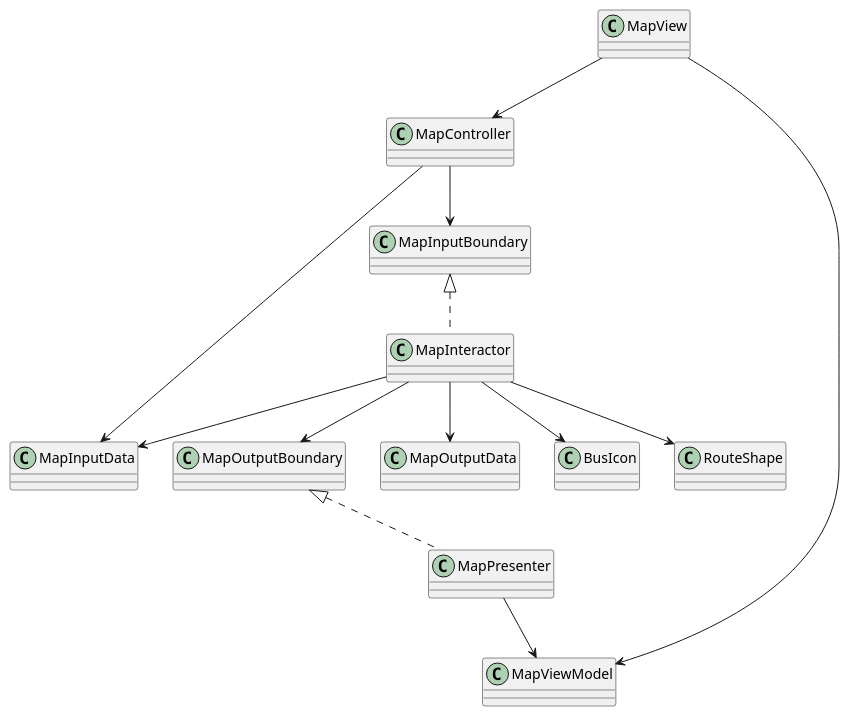
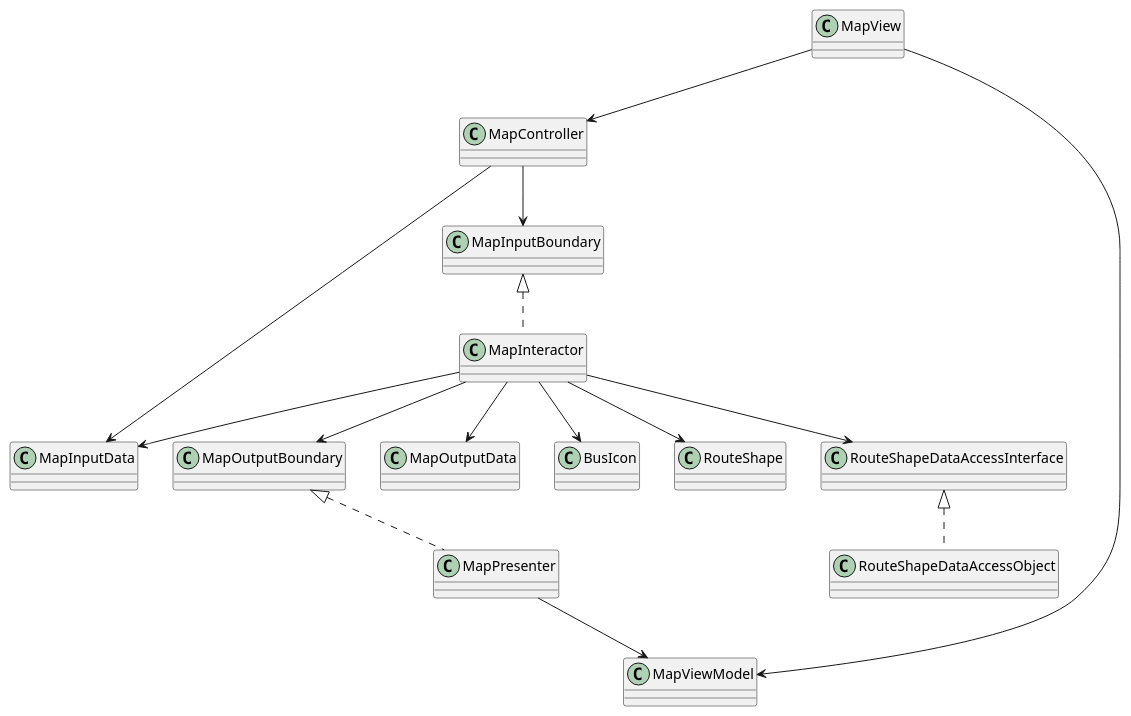
The diagram in src/main/resources/map.puml (tenko08/team-project), drawn with PlantUML before and after one commit. The commit also changed 2 other files, not shown here.

```diff
--- a/src/main/resources/map.puml
+++ b/src/main/resources/map.puml
@@ -1,29 +1,33 @@
 @startuml
 
-class MapView
 class MapController
 class MapInputBoundary
 class MapInteractor
 class MapOutputBoundary
 class MapPresenter
-class MapViewModel
 class MapInputData
 class MapOutputData
 class BusIcon
 class RouteShape
+class MapViewModel
+class RouteShapeDataAccessInterface
+class RouteShapeDataAccessObject
+class MapView
 
 MapInputBoundary <|.. MapInteractor
 MapOutputBoundary <|.. MapPresenter
 
 MapView --> MapViewModel
 MapController --> MapInputData
 MapController --> MapInputBoundary
 MapInteractor --> MapOutputBoundary
 MapInteractor --> MapInputData
 MapInteractor --> MapOutputData
 MapInteractor --> BusIcon
 MapInteractor --> RouteShape
+MapInteractor --> RouteShapeDataAccessInterface
+RouteShapeDataAccessInterface <|.. RouteShapeDataAccessObject
 MapView --> MapController
 MapPresenter --> MapViewModel
 
 @enduml
```
